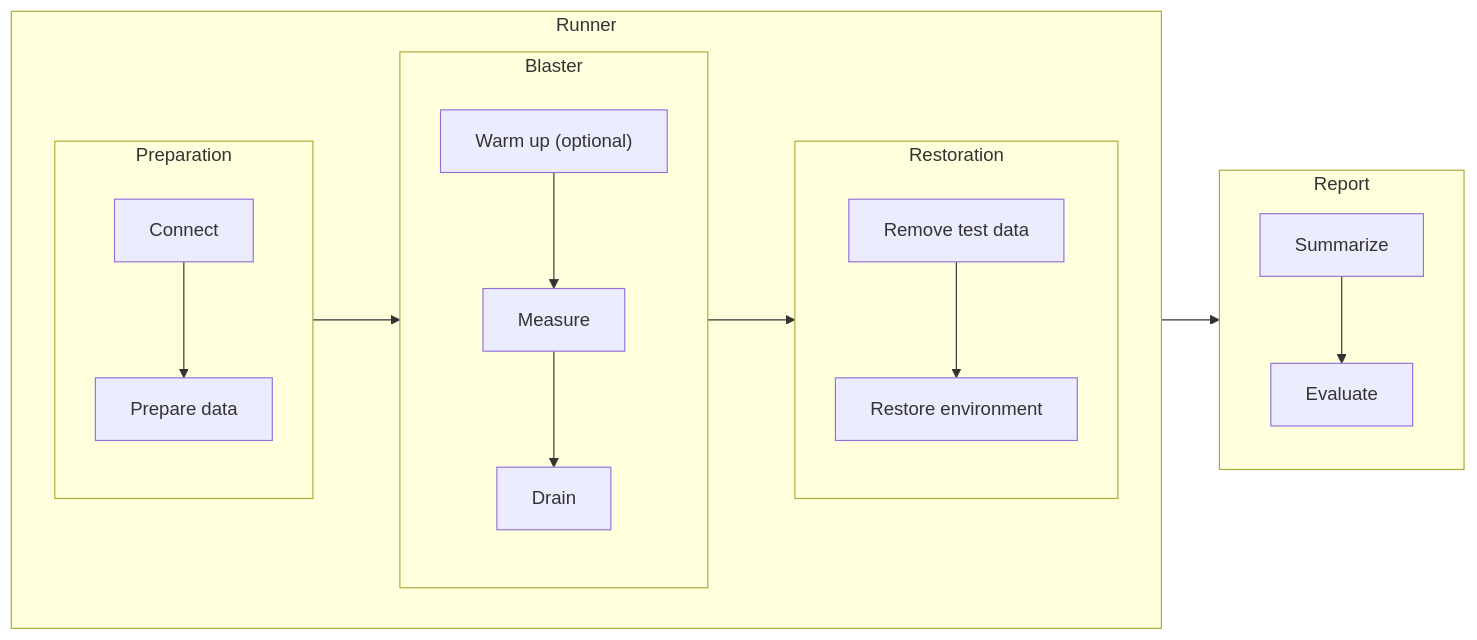
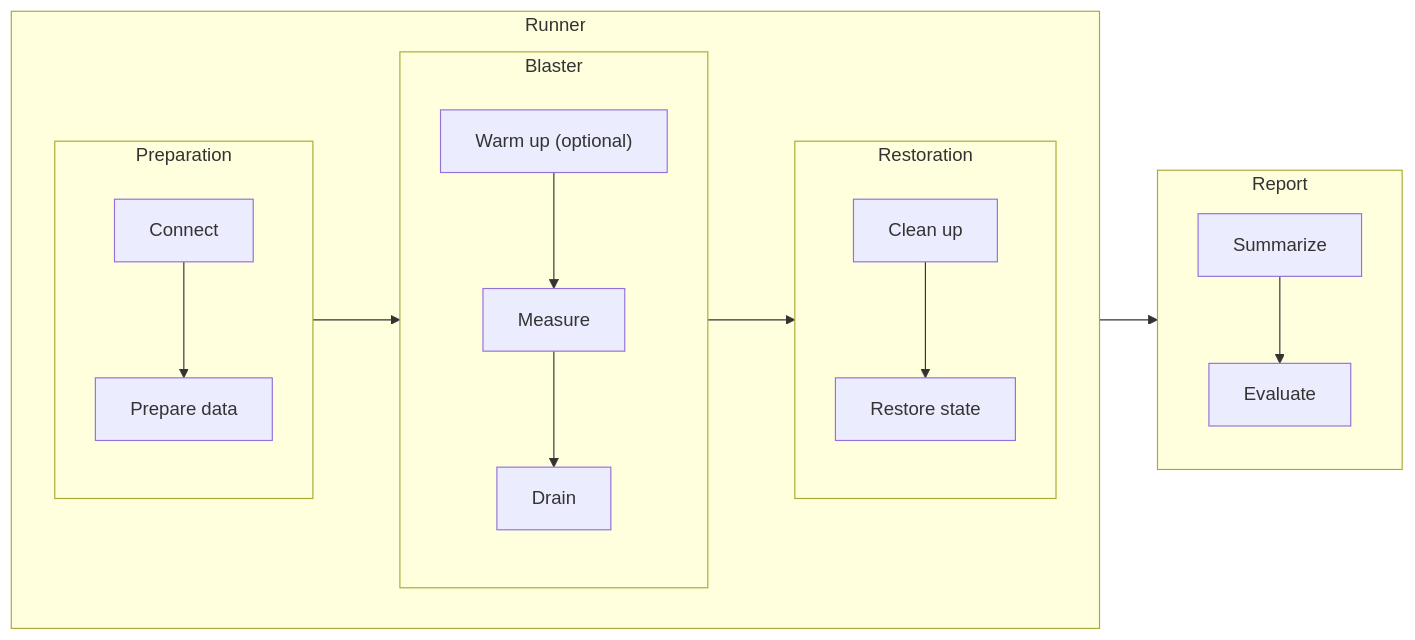
The first of 3 diagrams in docs/testplan/gnmi-benchmark-design.md (sonic-net/sonic-mgmt), drawn with Mermaid before and after one commit. The commit also changed other lines of this file, not shown here.

````diff
--- a/docs/testplan/gnmi-benchmark-design.md
+++ b/docs/testplan/gnmi-benchmark-design.md
@@ -16,24 +19,24 @@
 ```mermaid
 flowchart LR
     subgraph Runner["Runner"]
         direction LR
         subgraph Preparation["Preparation"]
             direction TB
             Connect["Connect"] --> Resources["Prepare data"]
         end
         subgraph Blaster["Blaster"]
             direction TB
             Warmup["Warm up (optional)"] --> Measure["Measure"] --> Drain["Drain"]
         end
         subgraph Restoration["Restoration"]
             direction TB
-            Cleanup["Remove test data"] --> Restore["Restore environment"]
+            Cleanup["Clean up"] --> Restore["Restore state"]
         end
         Preparation --> Blaster --> Restoration
     end
     subgraph Report["Report"]
         direction TB
         Summarize["Summarize"] --> Evaluate["Evaluate"]
     end
     Runner --> Report
 ```
````
